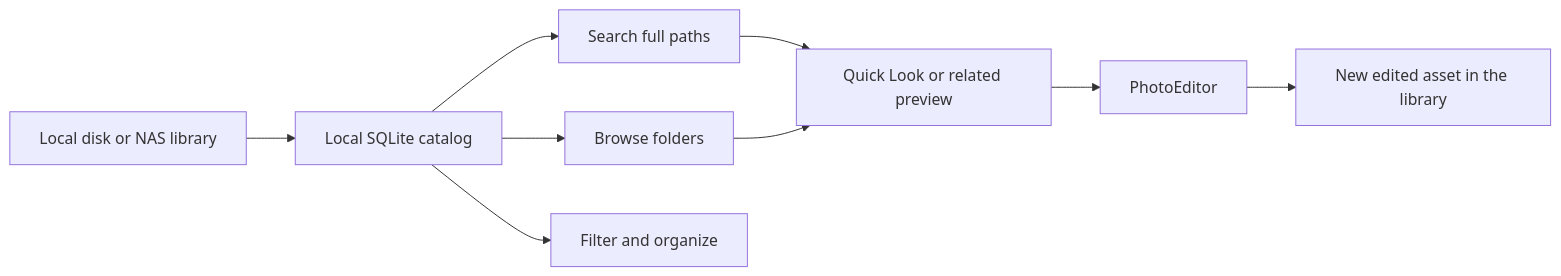
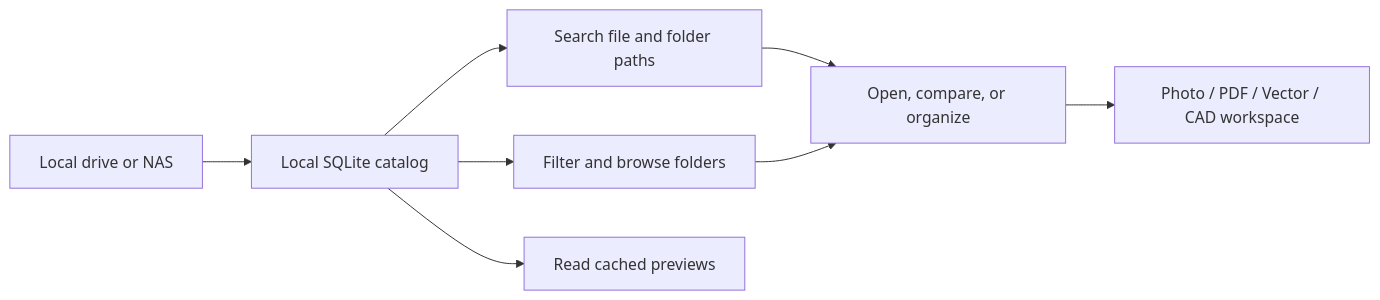
Before and after one commit to yuxelmurat/LumiaDAM: the diagram in README.md, drawn with Mermaid. The commit also changed other lines of this file and 100 other files, not shown here.

````diff
--- a/README.md
+++ b/README.md
@@ -65,11 +110,10 @@
 ```mermaid
 flowchart LR
-    A[Local disk or NAS library] --> B[Local SQLite catalog]
-    B --> C[Search full paths]
-    B --> D[Browse folders]
-    B --> E[Filter and organize]
-    C --> F[Quick Look or related preview]
+    A[Local drive or NAS] --> B[Local SQLite catalog]
+    B --> C[Search file and folder paths]
+    B --> D[Filter and browse folders]
+    B --> E[Read cached previews]
+    C --> F[Open, compare, or organize]
     D --> F
-    F --> G[PhotoEditor]
-    G --> H[New edited asset in the library]
+    F --> G[Photo / PDF / Vector / CAD workspace]
 ```
````
